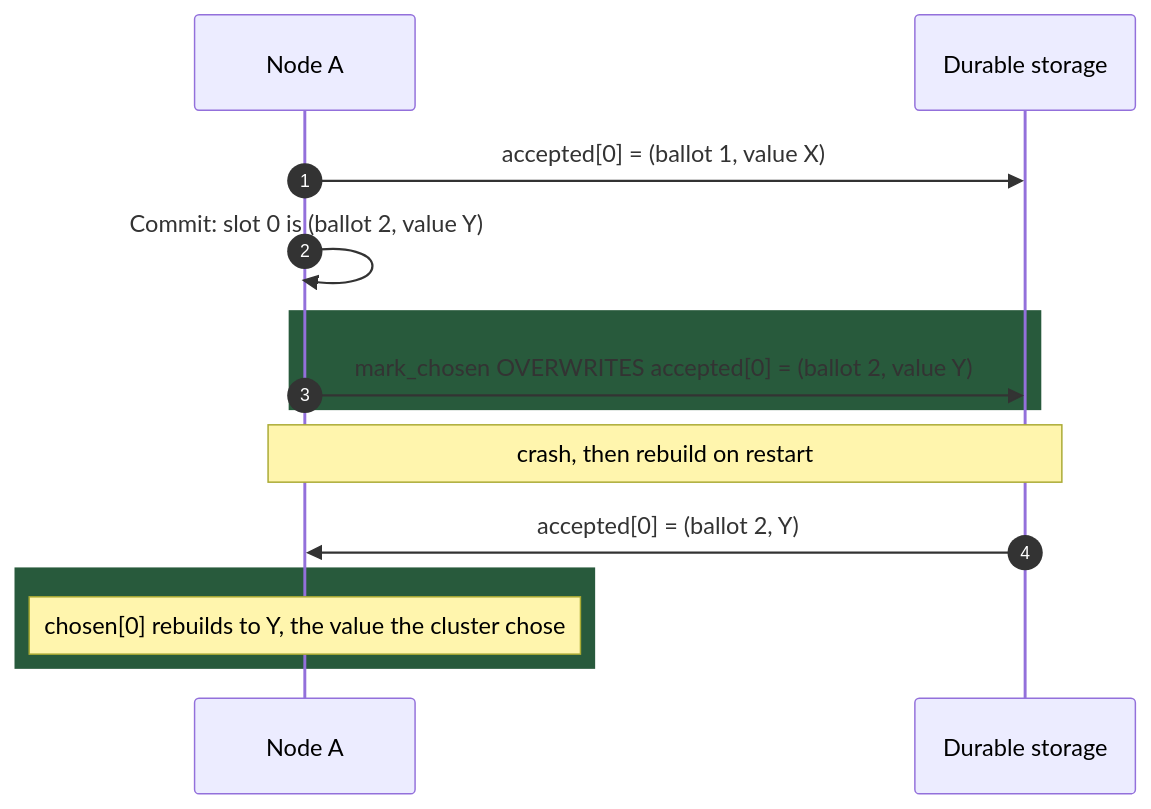
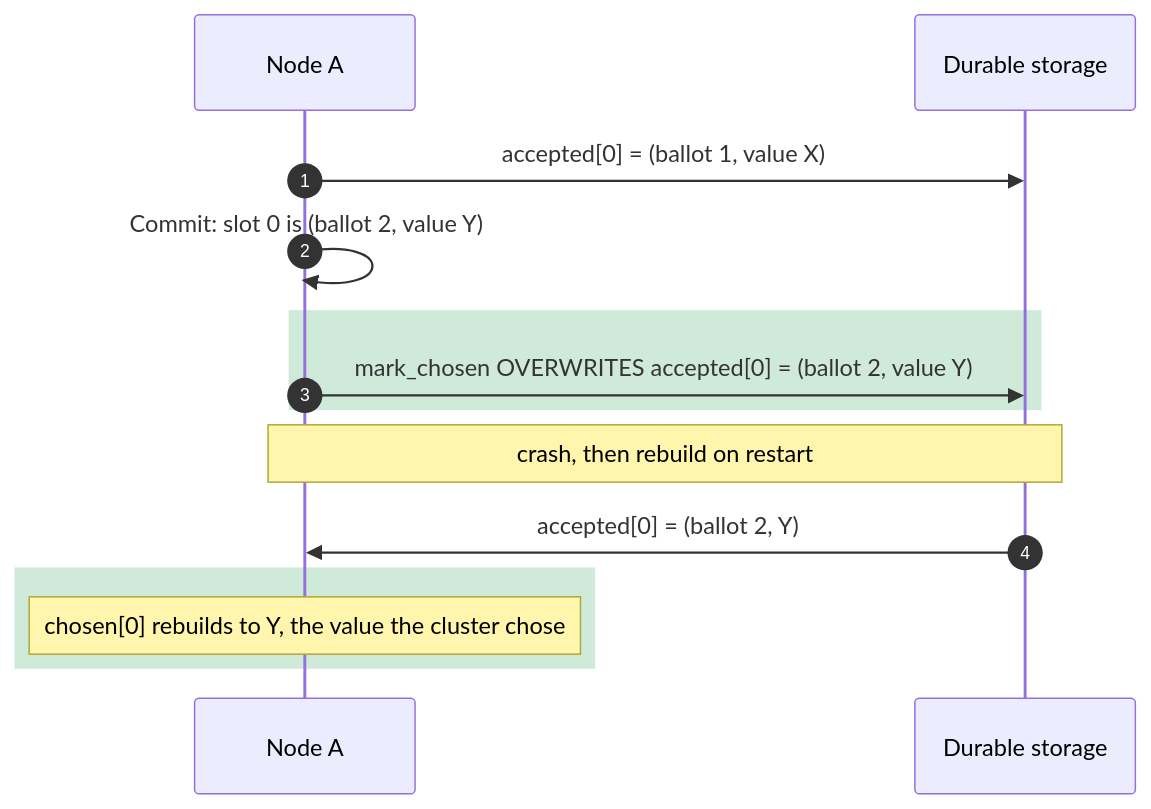
One commit to PierreZ/paros changed the third of 3 diagrams in book/src/restart-safety.md. Above: the diagram before and after it, drawn with Mermaid. The commit also changed other lines of this file and 5 other files, not shown here.

First line of the commit message:
docs(book): add end-to-end Multi-Paxos diagram, fix diagram theme colors

````diff
--- a/book/src/restart-safety.md
+++ b/book/src/restart-safety.md
@@ -108,16 +108,16 @@
 ```mermaid
 sequenceDiagram
     autonumber
     participant N as Node A
     participant D as Durable storage
     N->>D: accepted[0] = (ballot 1, value X)
     N->>N: Commit: slot 0 is (ballot 2, value Y)
-    rect rgb(40, 90, 60)
+    rect rgba(70, 170, 110, 0.25)
     N->>D: mark_chosen OVERWRITES accepted[0] = (ballot 2, value Y)
     end
     Note over N,D: crash, then rebuild on restart
     D->>N: accepted[0] = (ballot 2, Y)
-    rect rgb(40, 90, 60)
+    rect rgba(70, 170, 110, 0.25)
     Note over N: chosen[0] rebuilds to Y, the value the cluster chose
     end
 ```
````
